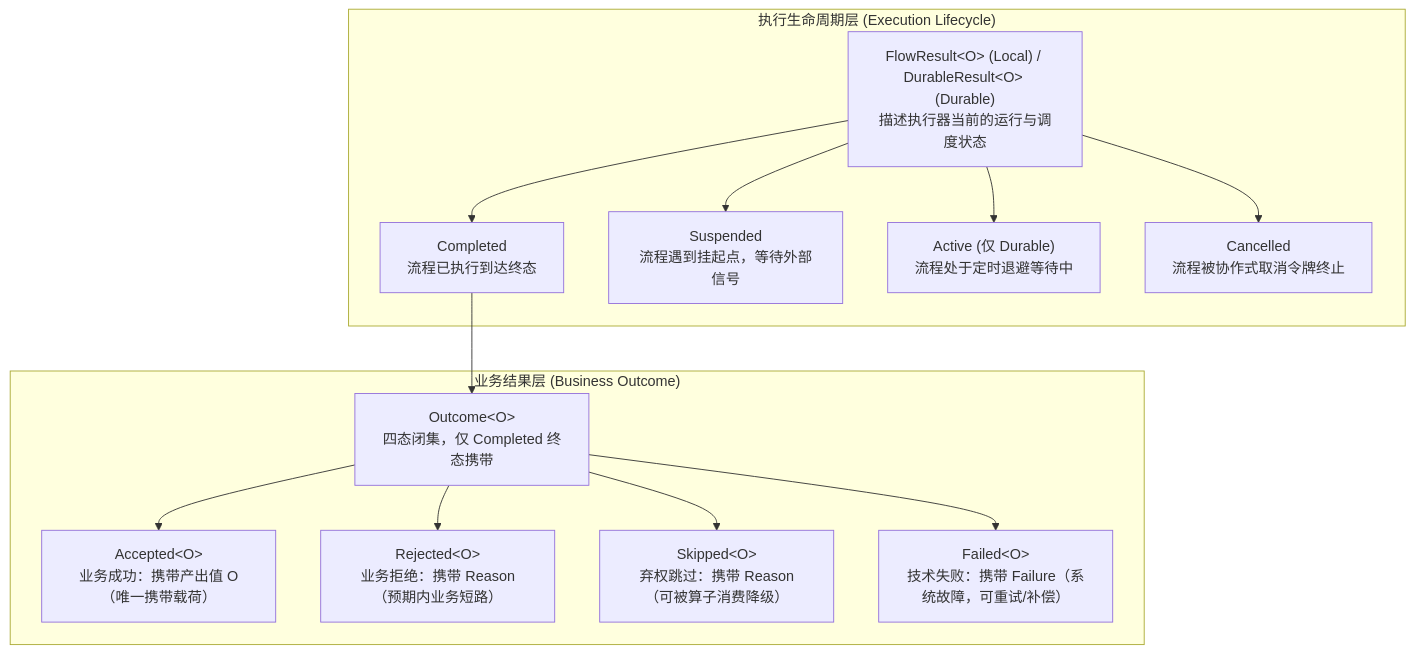
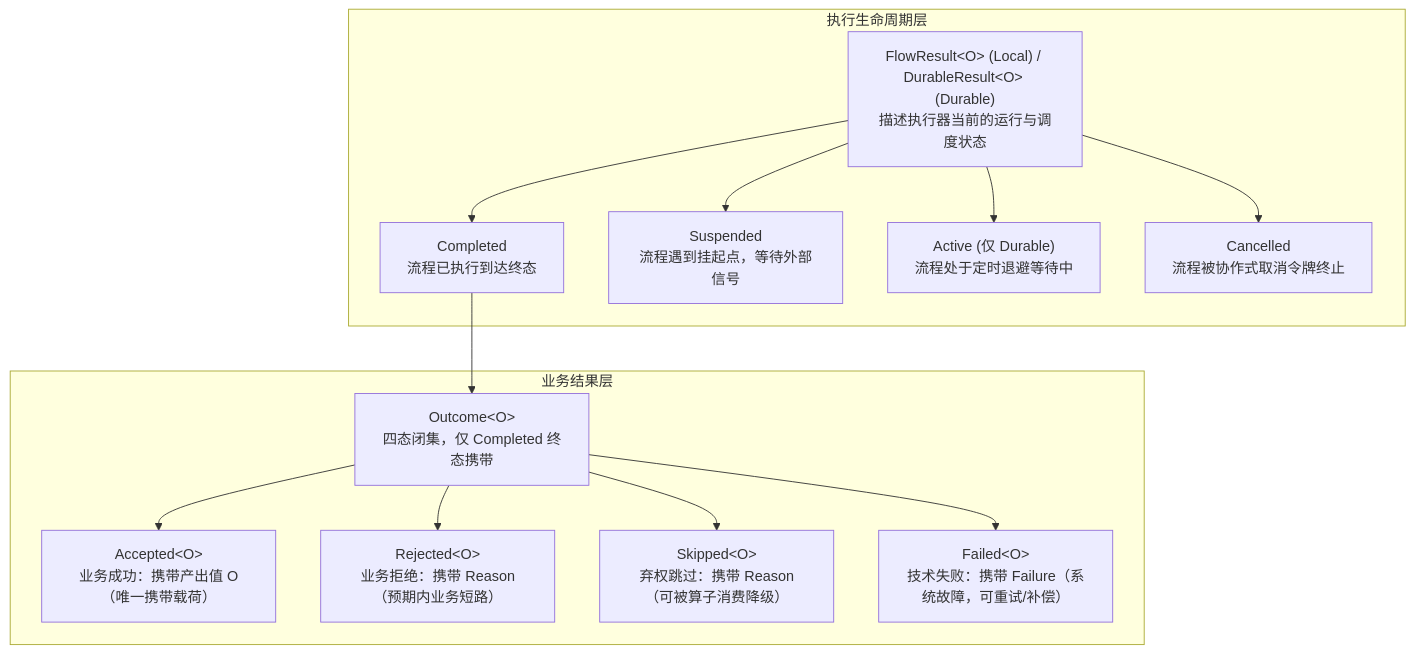
Before and after one commit to team4u/team4u-framework: the first of 2 diagrams in docs/flow/flow-outcome.md, drawn with Mermaid. The commit also changed other lines of this file and 142 other files, not shown here.

````diff
--- a/docs/flow/flow-outcome.md
+++ b/docs/flow/flow-outcome.md
@@ -17,26 +17,26 @@
 ```mermaid
 graph TD
-    subgraph "执行生命周期层 (Execution Lifecycle)"
+    subgraph "执行生命周期层"
         FR["FlowResult&lt;O&gt; (Local) / DurableResult&lt;O&gt; (Durable)<br/>描述执行器当前的运行与调度状态"]
         C["Completed<br/>流程已执行到达终态"]
         S["Suspended<br/>流程遇到挂起点，等待外部信号"]
         A["Active (仅 Durable)<br/>流程处于定时退避等待中"]
         X["Cancelled<br/>流程被协作式取消令牌终止"]
         FR --> C
         FR --> S
         FR --> A
         FR --> X
     end
 
-    subgraph "业务结果层 (Business Outcome)"
+    subgraph "业务结果层"
         C --> OUT["Outcome&lt;O&gt;<br/>四态闭集，仅 Completed 终态携带"]
         AC["Accepted&lt;O&gt;<br/>业务成功：携带产出值 O（唯一携带载荷）"]
         RJ["Rejected&lt;O&gt;<br/>业务拒绝：携带 Reason（预期内业务短路）"]
         SK["Skipped&lt;O&gt;<br/>弃权跳过：携带 Reason（可被算子消费降级）"]
         FA["Failed&lt;O&gt;<br/>技术失败：携带 Failure（系统故障，可重试/补偿）"]
         OUT --> AC
         OUT --> RJ
         OUT --> SK
         OUT --> FA
     end
 ```
````
